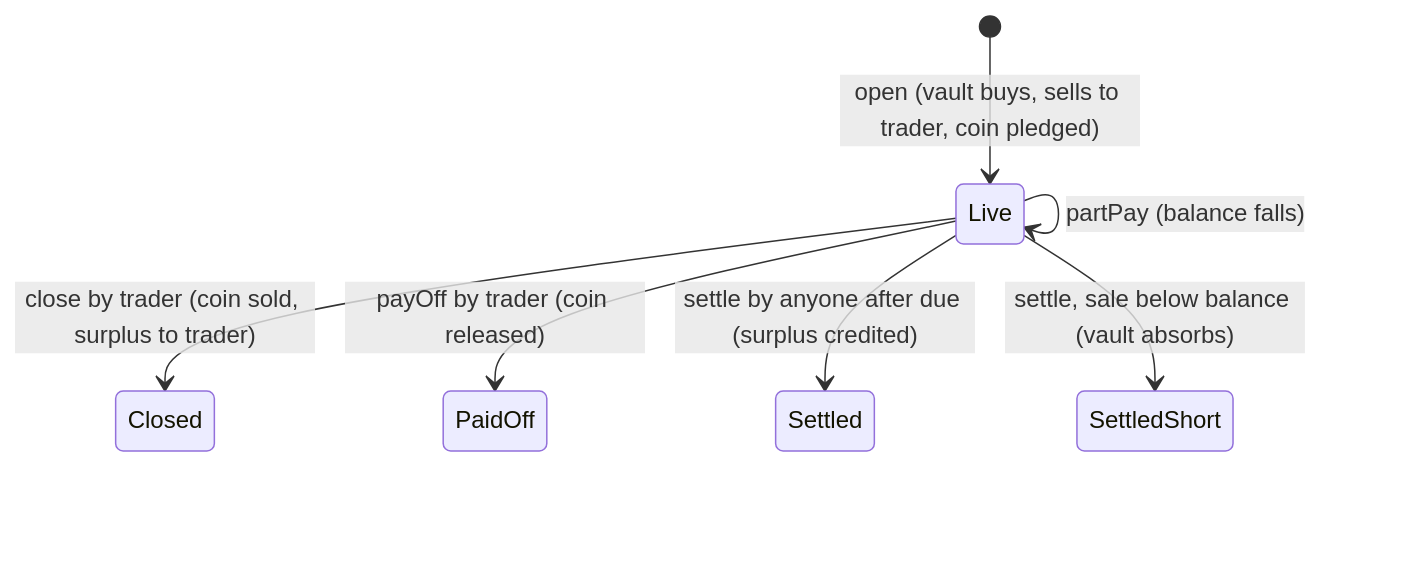
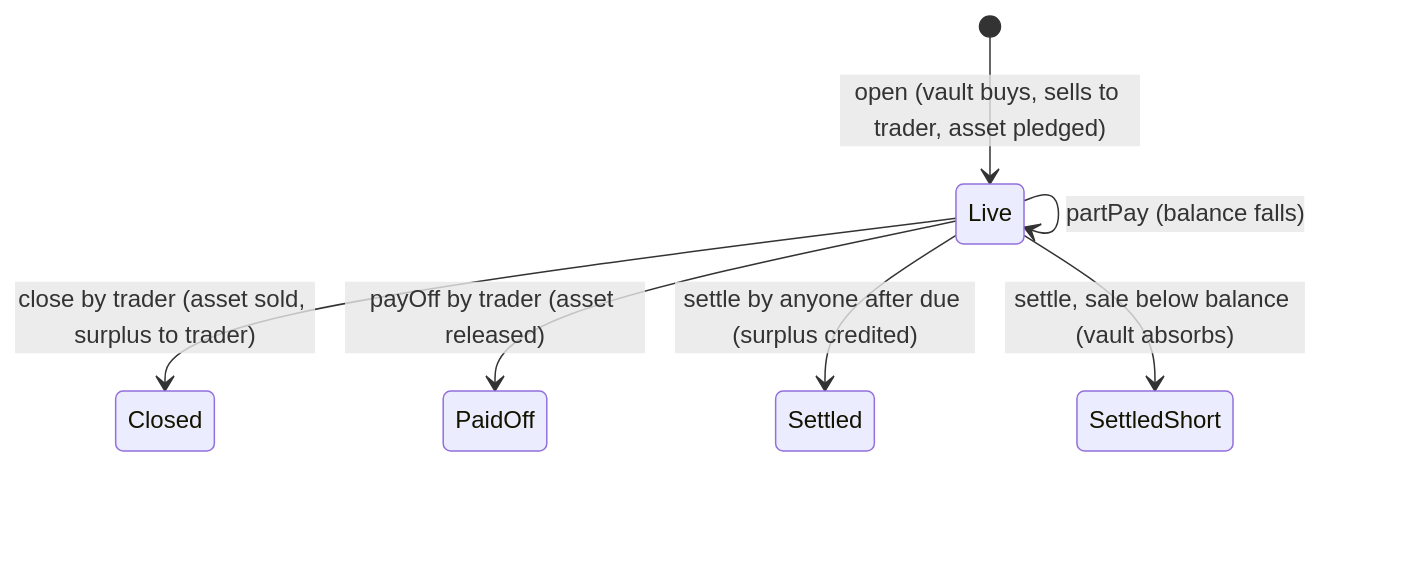
Before and after one commit to smitrajput/sacred-protocol: the third of 3 diagrams in README.md, drawn with Mermaid. The commit also changed other lines of this file and 85 other files, not shown here.

````diff
--- a/README.md
+++ b/README.md
@@ -106,9 +106,9 @@
 ```mermaid
 stateDiagram-v2
-  [*] --> Live: open (vault buys, sells to trader, coin pledged)
+  [*] --> Live: open (vault buys, sells to trader, asset pledged)
   Live --> Live: partPay (balance falls)
-  Live --> Closed: close by trader (coin sold, surplus to trader)
-  Live --> PaidOff: payOff by trader (coin released)
+  Live --> Closed: close by trader (asset sold, surplus to trader)
+  Live --> PaidOff: payOff by trader (asset released)
   Live --> Settled: settle by anyone after due (surplus credited)
   Live --> SettledShort: settle, sale below balance (vault absorbs)
 ```
````
